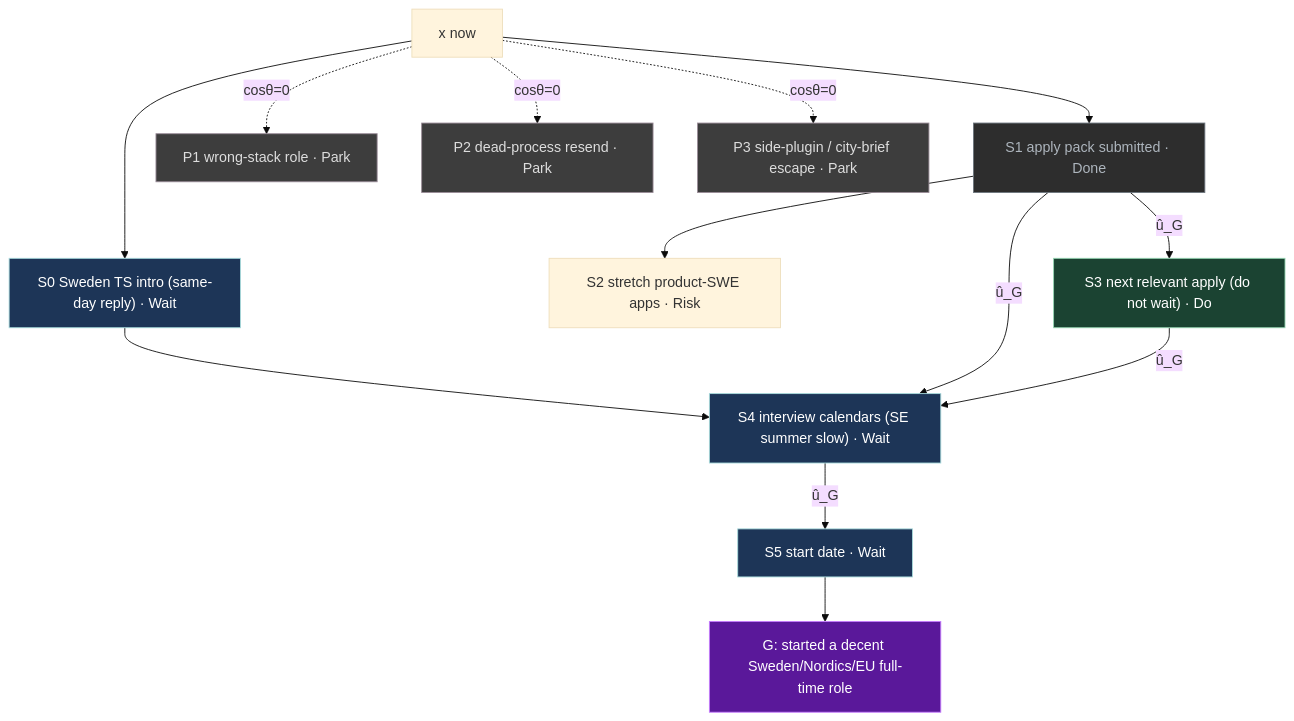
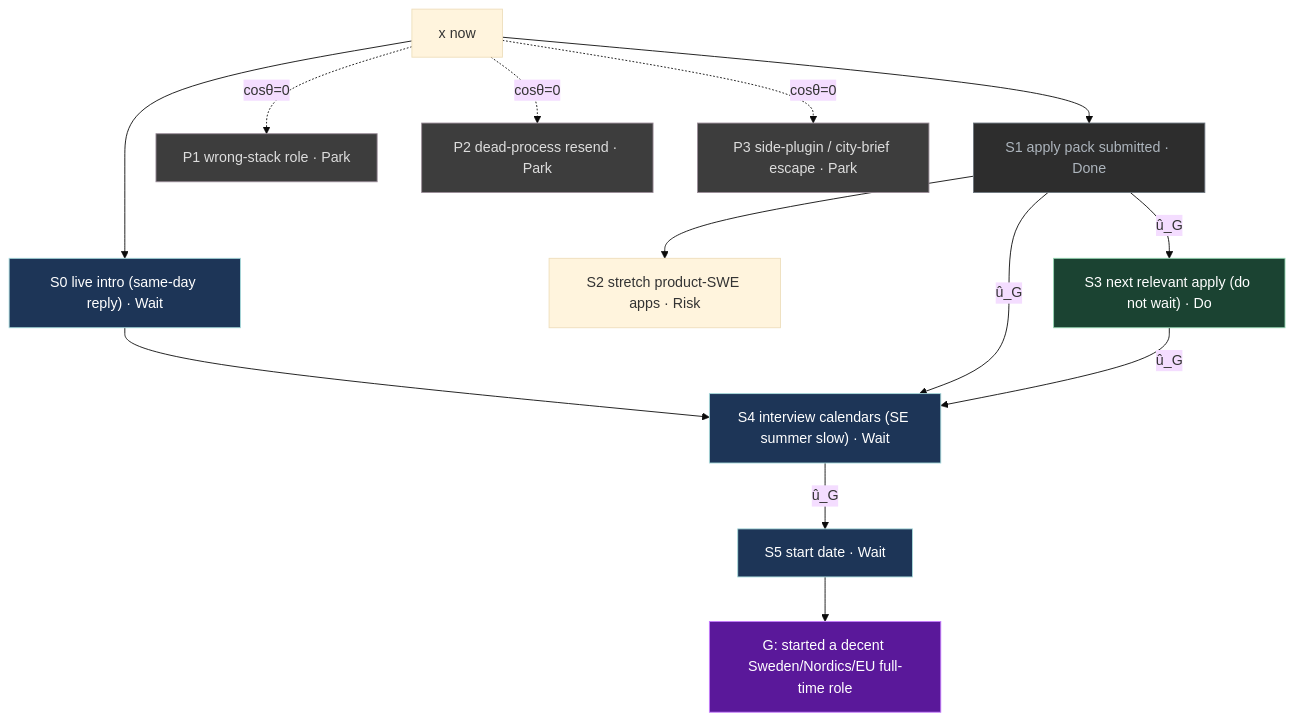
One commit to p10ns11y/life-os changed the diagram in UI/Mission.md. Above: the diagram before and after it, drawn with Mermaid (base theme). The commit also changed other lines of this file and 6 other files, not shown here.

````diff
--- a/UI/Mission.md
+++ b/UI/Mission.md
@@ -62,36 +62,36 @@
 ```mermaid
 flowchart TB
   x["x now"]
   G["G: started a decent Sweden/Nordics/EU full-time role"]
-  S0["S0 Sweden TS intro (same-day reply) · Wait"]
+  S0["S0 live intro (same-day reply) · Wait"]
   S1["S1 apply pack submitted · Done"]
   S2["S2 stretch product-SWE apps · Risk"]
   S3["S3 next relevant apply (do not wait) · Do"]
   S4["S4 interview calendars (SE summer slow) · Wait"]
   S5["S5 start date · Wait"]
   P1["P1 wrong-stack role · Park"]
   P2["P2 dead-process resend · Park"]
   P3["P3 side-plugin / city-brief escape · Park"]
   x --> S0
   x --> S1
   S1 --> S2
   S1 -->|"û_G"| S3
   S0 --> S4
   S1 -->|"û_G"| S4
   S3 -->|"û_G"| S4
   S4 -->|"û_G"| S5
   x -.->|"cosθ=0"| P1
   x -.->|"cosθ=0"| P2
   x -.->|"cosθ=0"| P3
   S5 --> G
   classDef do fill:#1b4332,stroke:#95d5b2,color:#fff
   classDef wait fill:#1d3557,stroke:#a8dadc,color:#fff
   classDef park fill:#3d3d3d,stroke:#9a8c98,color:#ddd
   classDef done fill:#2d2d2d,stroke:#6c757d,color:#adb5bd
   classDef goal fill:#5a189a,stroke:#c77dff,color:#fff
   class G goal
   class S3 do
   class S0,S4,S5 wait
   class P1,P2,P3 park
   class S1 done
 ```
````
